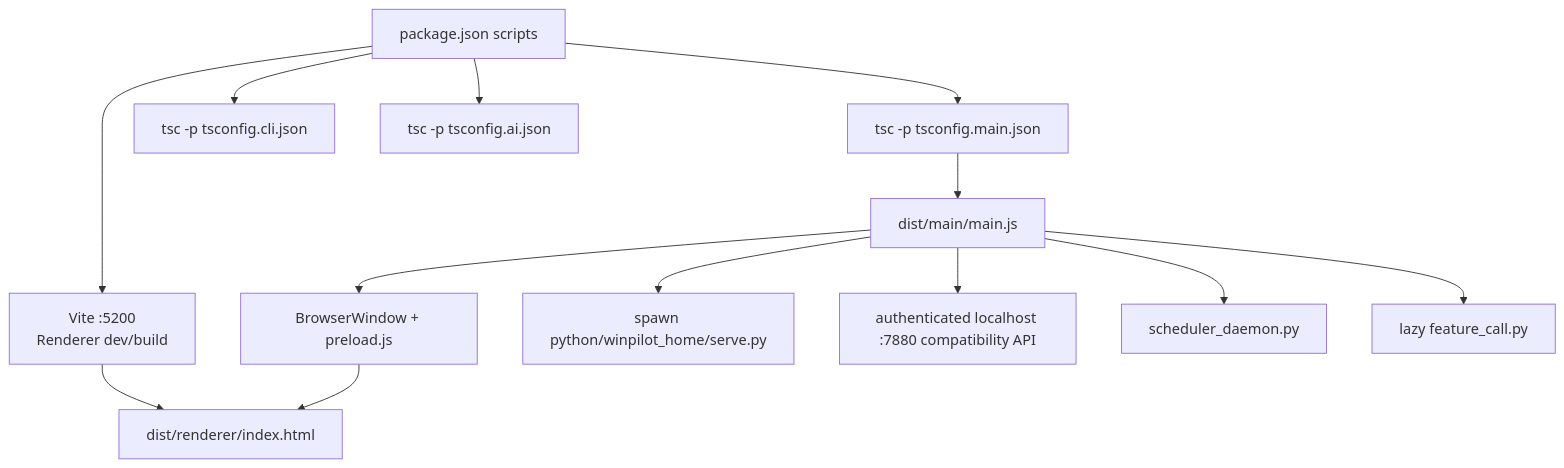
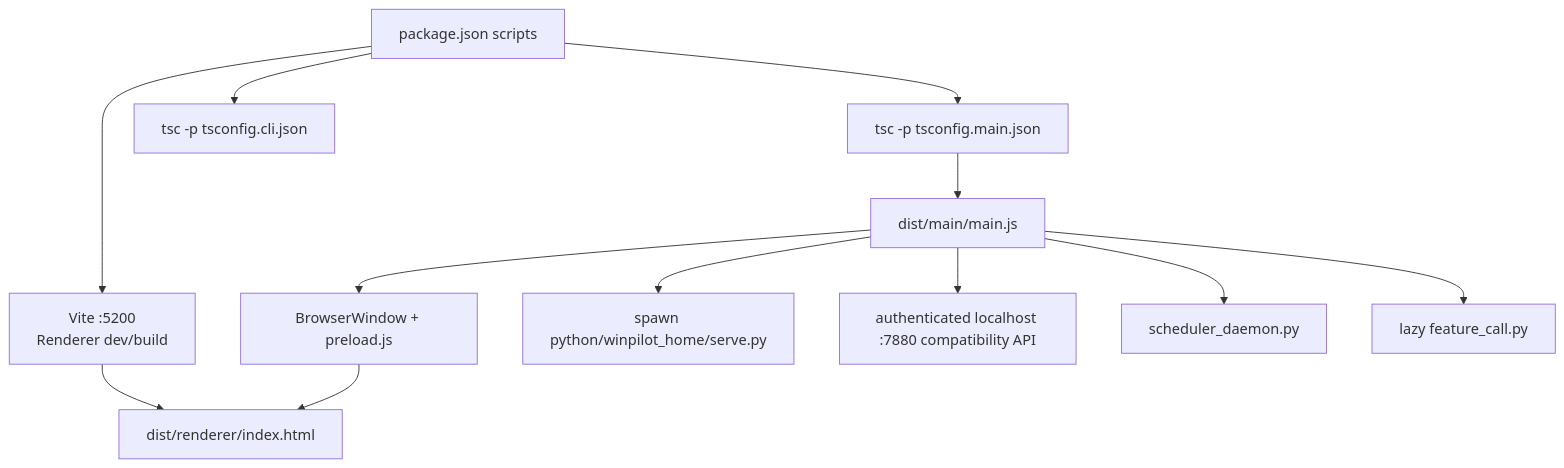
One commit to zoujiapeng/lingdong-script changed the first of 6 diagrams in docs/project-guide/05-file-reference-typescript-electron.md. Above: the diagram before and after it, drawn with Mermaid. The commit also changed other lines of this file and 160 other files, not shown here.

````diff
--- a/docs/project-guide/05-file-reference-typescript-electron.md
+++ b/docs/project-guide/05-file-reference-typescript-electron.md
@@ -20,15 +21,14 @@
 ```mermaid
 flowchart TD
   package["package.json scripts"] --> vite["Vite :5200\nRenderer dev/build"]
   package --> tscMain["tsc -p tsconfig.main.json"]
   package --> tscCli["tsc -p tsconfig.cli.json"]
-  package --> tscAi["tsc -p tsconfig.ai.json"]
   tscMain --> electronMain["dist/main/main.js"]
   vite --> renderer["dist/renderer/index.html"]
   electronMain --> window["BrowserWindow + preload.js"]
   window --> renderer
   electronMain --> managed["spawn python/winpilot_home/serve.py"]
   electronMain --> localApi["authenticated localhost :7880 compatibility API"]
   electronMain --> scheduler["scheduler_daemon.py"]
   electronMain --> feature["lazy feature_call.py"]
 ```
````
